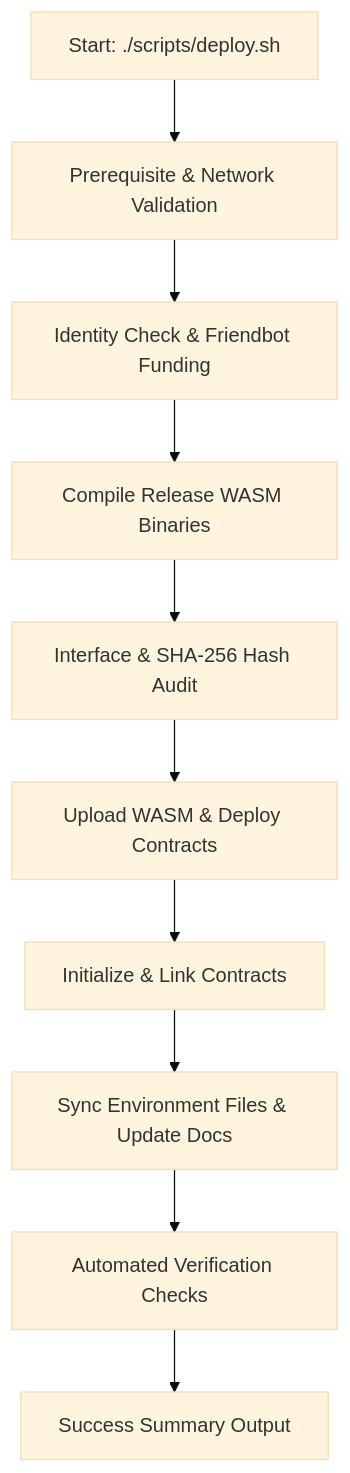
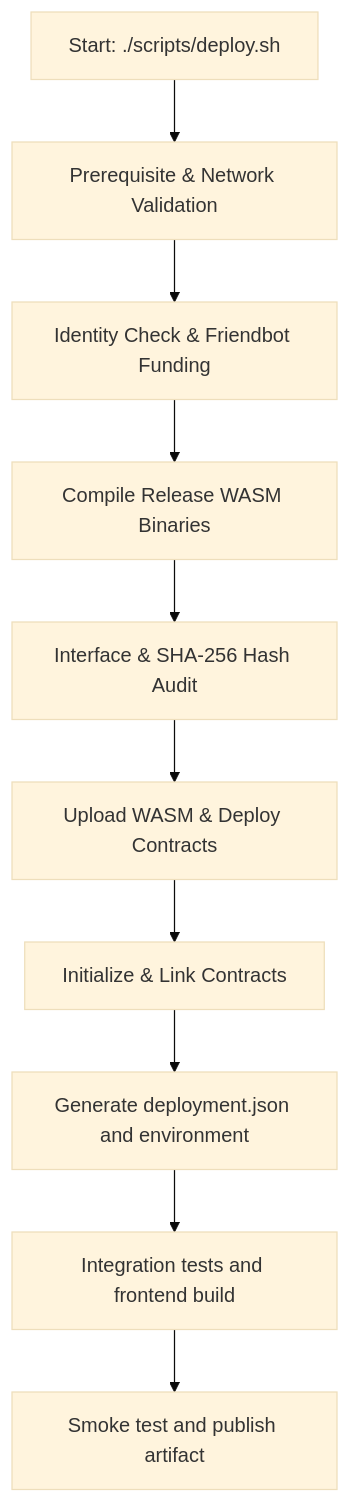
The diagram in DEPLOYMENT.md (ashuujha/SponsorChain), drawn with Mermaid (base theme) before and after one commit. The commit also changed other lines of this file and 9 other files, not shown here.

````diff
--- a/DEPLOYMENT.md
+++ b/DEPLOYMENT.md
@@ -36,12 +37,12 @@
 ```mermaid
 graph TD
     A[Start: ./scripts/deploy.sh] --> B[Prerequisite & Network Validation]
     B --> C[Identity Check & Friendbot Funding]
     C --> D[Compile Release WASM Binaries]
     D --> E[Interface & SHA-256 Hash Audit]
     E --> F[Upload WASM & Deploy Contracts]
     F --> G[Initialize & Link Contracts]
-    G --> H[Sync Environment Files & Update Docs]
-    H --> I[Automated Verification Checks]
-    I --> J[Success Summary Output]
+    G --> H[Generate deployment.json and environment]
+    H --> I[Integration tests and frontend build]
+    I --> J[Smoke test and publish artifact]
 ```
````
